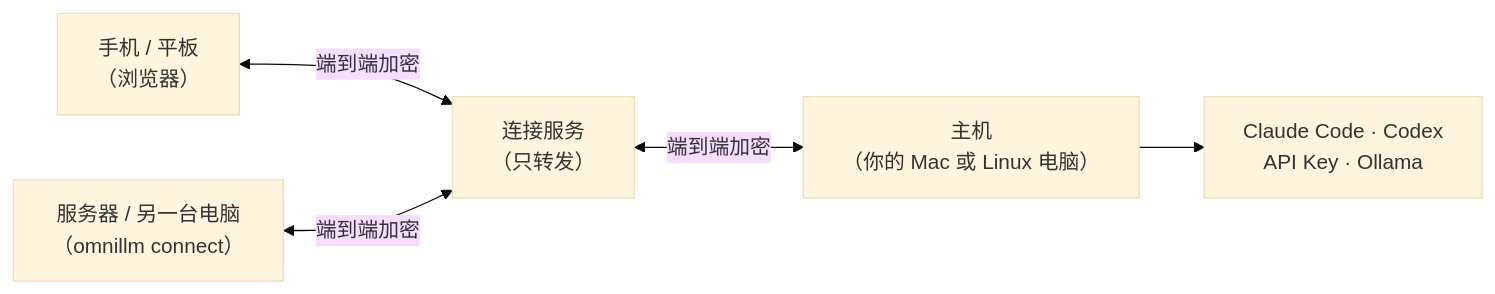
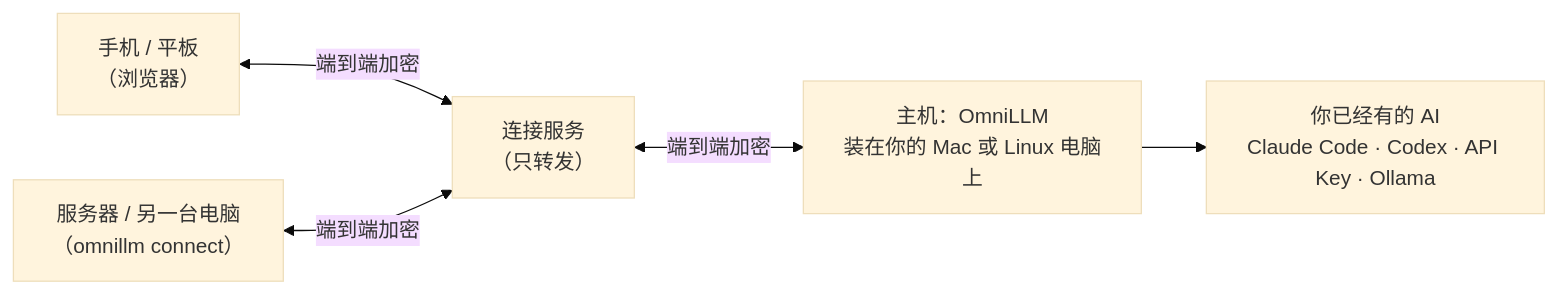
The diagram in README.zh-CN.md (wensuper/OmniLLM), drawn with Mermaid (base theme) before and after one commit. The commit also changed other lines of this file and 1 other file, not shown here.

First line of the commit message:
docs: README says first what OmniLLM is and isn't — not a model, a private gateway to the AI already on your computer

````diff
--- a/README.zh-CN.md
+++ b/README.zh-CN.md
@@ -31,7 +47,7 @@
 ```mermaid
 flowchart LR
   P["手机 / 平板<br>（浏览器）"] <-- 端到端加密 --> R["连接服务<br>（只转发）"]
   S["服务器 / 另一台电脑<br>（omnillm connect）"] <-- 端到端加密 --> R
-  R <-- 端到端加密 --> H["主机<br>（你的 Mac 或 Linux 电脑）"]
-  H --> M["Claude Code · Codex<br>API Key · Ollama"]
+  R <-- 端到端加密 --> H["主机：OmniLLM<br>装在你的 Mac 或 Linux 电脑上"]
+  H --> M["你已经有的 AI<br>Claude Code · Codex · API Key · Ollama"]
 ```
````
